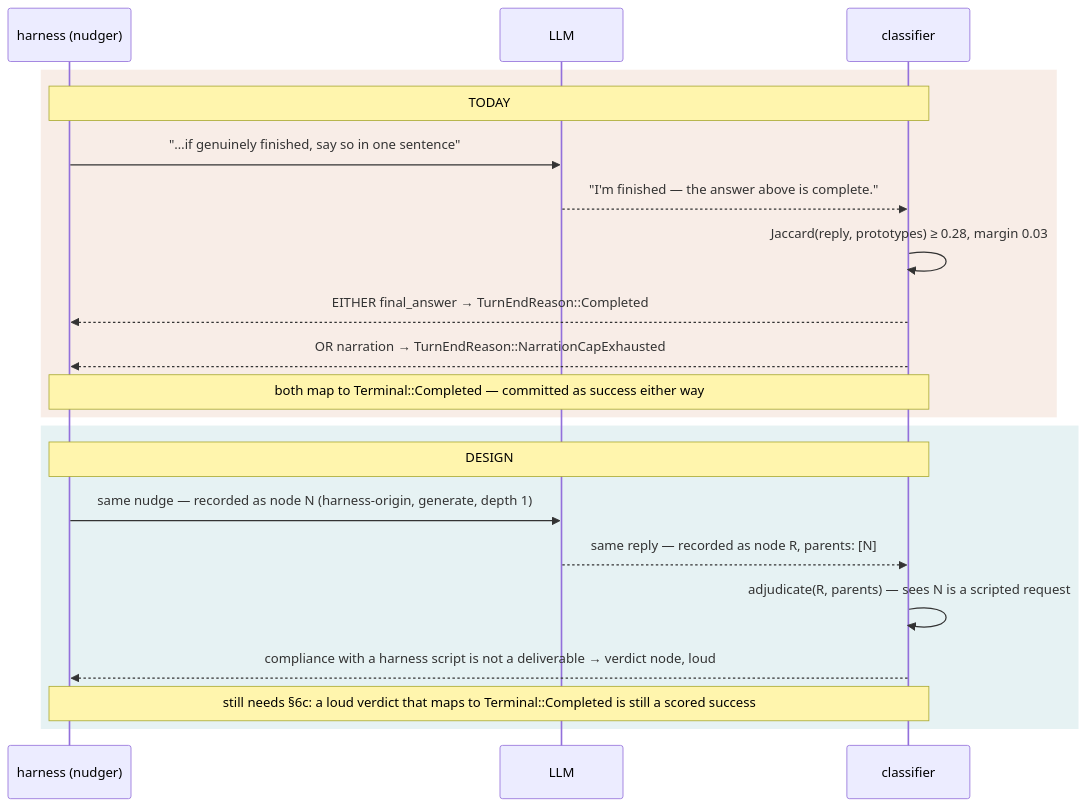
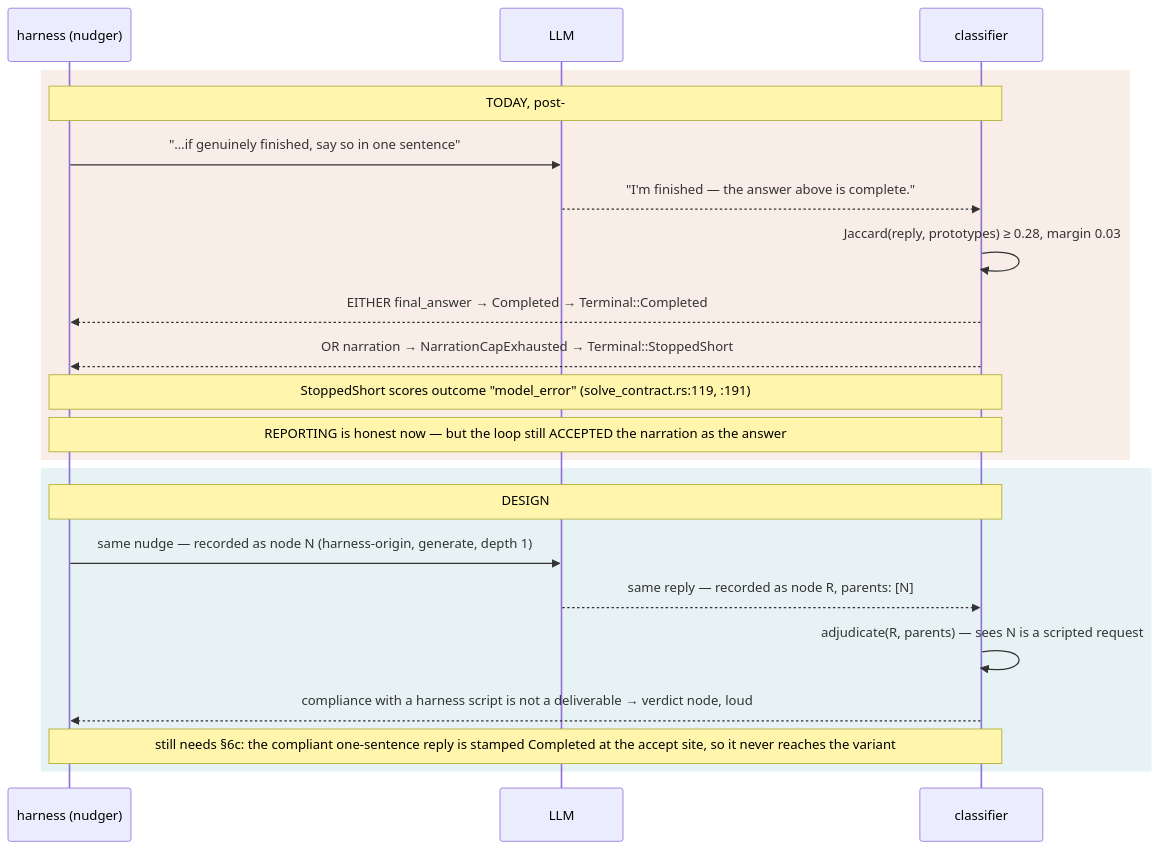
One commit to Gilamonster-Foundation/newt-agent changed the fifth of 6 diagrams in docs/design/smart-harness.md. Above: the diagram before and after it, drawn with Mermaid. The commit also changed other lines of this file, not shown here.

First line of the commit message:
docs(design): §5/§6c describe the post-#2251 code, and #2239's residuals survive

````diff
--- a/docs/design/smart-harness.md
+++ b/docs/design/smart-harness.md
@@ -229,23 +233,24 @@
 ```mermaid
 sequenceDiagram
     participant H as harness (nudger)
     participant M as LLM
     participant K as classifier
     rect rgba(181,85,27,0.10)
-    Note over H,K: TODAY
+    Note over H,K: TODAY, post-#2251 (merged 2026-09-09, 44ff61c8)
     H->>M: "…if genuinely finished, say so in one sentence"
     M-->>K: "I'm finished — the answer above is complete."
     K->>K: Jaccard(reply, prototypes) ≥ 0.28, margin 0.03
-    K-->>H: EITHER final_answer → TurnEndReason::Completed
-    K-->>H: OR narration → TurnEndReason::NarrationCapExhausted
-    Note over H,K: both map to Terminal::Completed — committed as success either way
+    K-->>H: EITHER final_answer → Completed → Terminal::Completed
+    K-->>H: OR narration → NarrationCapExhausted → Terminal::StoppedShort
+    Note over H,K: StoppedShort scores outcome "model_error" (solve_contract.rs:119, :191)
+    Note over H,K: REPORTING is honest now — but the loop still ACCEPTED the narration as the answer
     end
     rect rgba(15,124,138,0.10)
     Note over H,K: DESIGN
     H->>M: same nudge — recorded as node N (harness-origin, generate, depth 1)
     M-->>K: same reply — recorded as node R, parents: [N]
     K->>K: adjudicate(R, parents) — sees N is a scripted request
     K-->>H: compliance with a harness script is not a deliverable → verdict node, loud
-    Note over H,K: still needs §6c: a loud verdict that maps to Terminal::Completed is still a scored success
+    Note over H,K: still needs §6c: the compliant one-sentence reply is stamped Completed at the accept site, so it never reaches the variant #2251 fixed
     end
 ```
````
